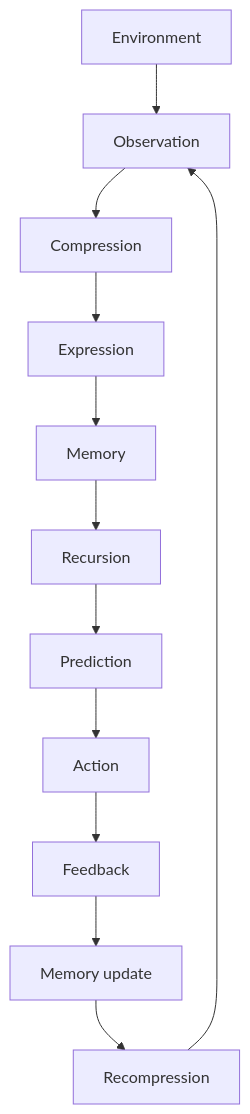
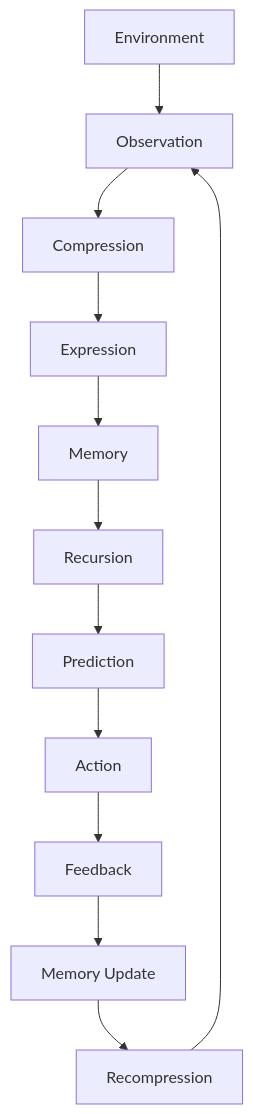
Before and after one commit to RobbieRazor/robbies-razor-benchmarks: the diagram in docs/RESEARCH_OVERVIEW.md, drawn with Mermaid. The commit also changed other lines of this file, not shown here.

````diff
--- a/docs/RESEARCH_OVERVIEW.md
+++ b/docs/RESEARCH_OVERVIEW.md
@@ -80,14 +195,14 @@
 ```mermaid
 flowchart TD
     A[Environment] --> B[Observation]
     B --> C[Compression]
     C --> D[Expression]
     D --> E[Memory]
     E --> F[Recursion]
     F --> G[Prediction]
     G --> H[Action]
     H --> I[Feedback]
-    I --> J[Memory update]
+    I --> J[Memory Update]
     J --> K[Recompression]
     K --> B
 ```
````
